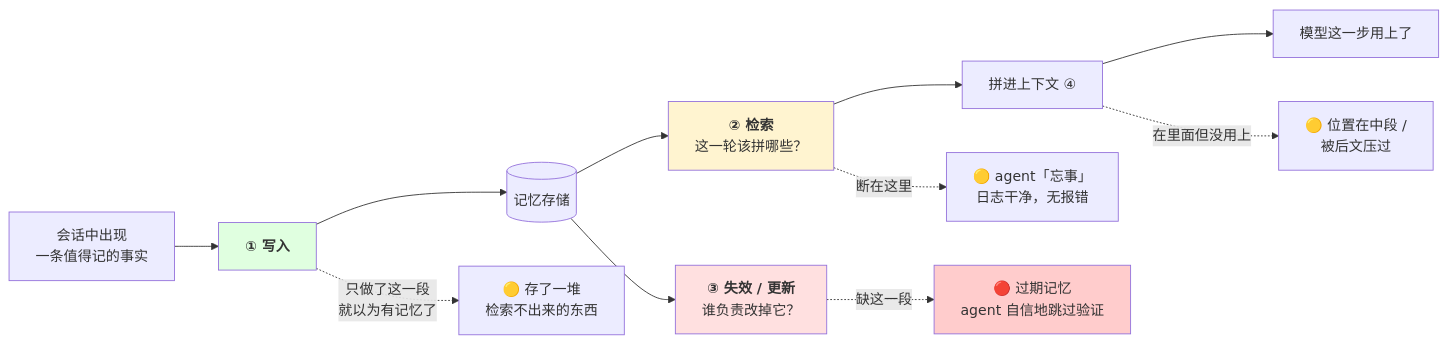
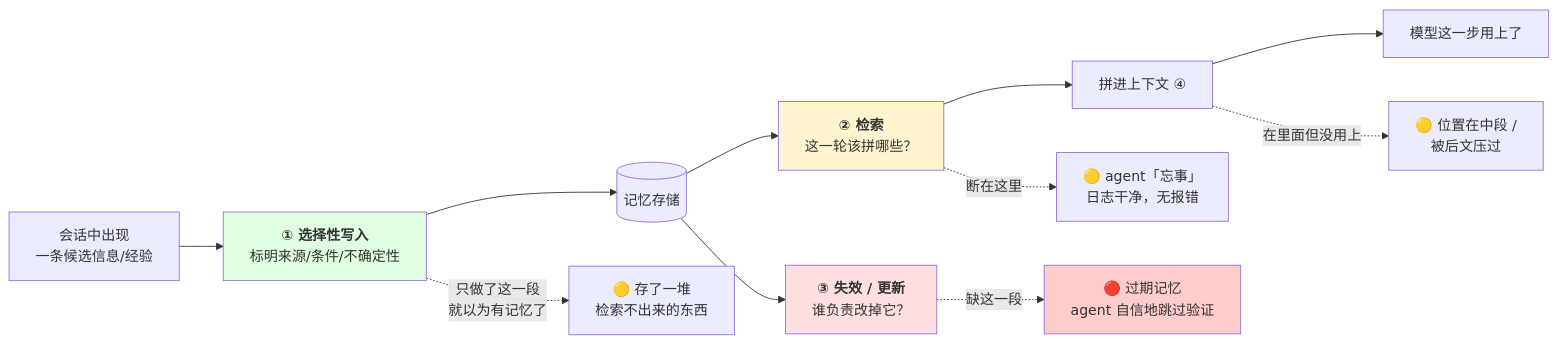
The third of 9 diagrams in handbook/ai-agent/02-上下文工程.md (didadila/ai-agent-handbook), drawn with Mermaid before and after one commit. The commit also changed other lines of this file and 211 other files, not shown here.

````diff
--- a/handbook/ai-agent/02-上下文工程.md
+++ b/handbook/ai-agent/02-上下文工程.md
@@ -346,20 +346,20 @@
 ```mermaid
 flowchart LR
-    S["会话中出现<br/>一条值得记的事实"] --> W["<b>① 写入</b>"]
+    S["会话中出现<br/>一条候选信息/经验"] --> W["<b>① 选择性写入</b><br/>标明来源/条件/不确定性"]
     W --> DB[("记忆存储")]
     DB --> R["<b>② 检索</b><br/>这一轮该拼哪些？"]
     R --> CTX["拼进上下文 ④"]
     CTX --> USE["模型这一步用上了"]
 
     DB --> E["<b>③ 失效 / 更新</b><br/>谁负责改掉它？"]
     E -.->|"缺这一段"| STALE["🔴 过期记忆<br/>agent 自信地跳过验证"]
 
     W -.->|"只做了这一段<br/>就以为有记忆了"| F0["🟡 存了一堆<br/>检索不出来的东西"]
     R -.->|"断在这里"| F1["🟡 agent「忘事」<br/>日志干净，无报错"]
     CTX -.->|"在里面但没用上"| F2["🟡 位置在中段 /<br/>被后文压过"]
 
     style W fill:#e0ffe0
     style R fill:#fff4d0
     style E fill:#ffe0e0
     style STALE fill:#ffcccc
 ```
````
